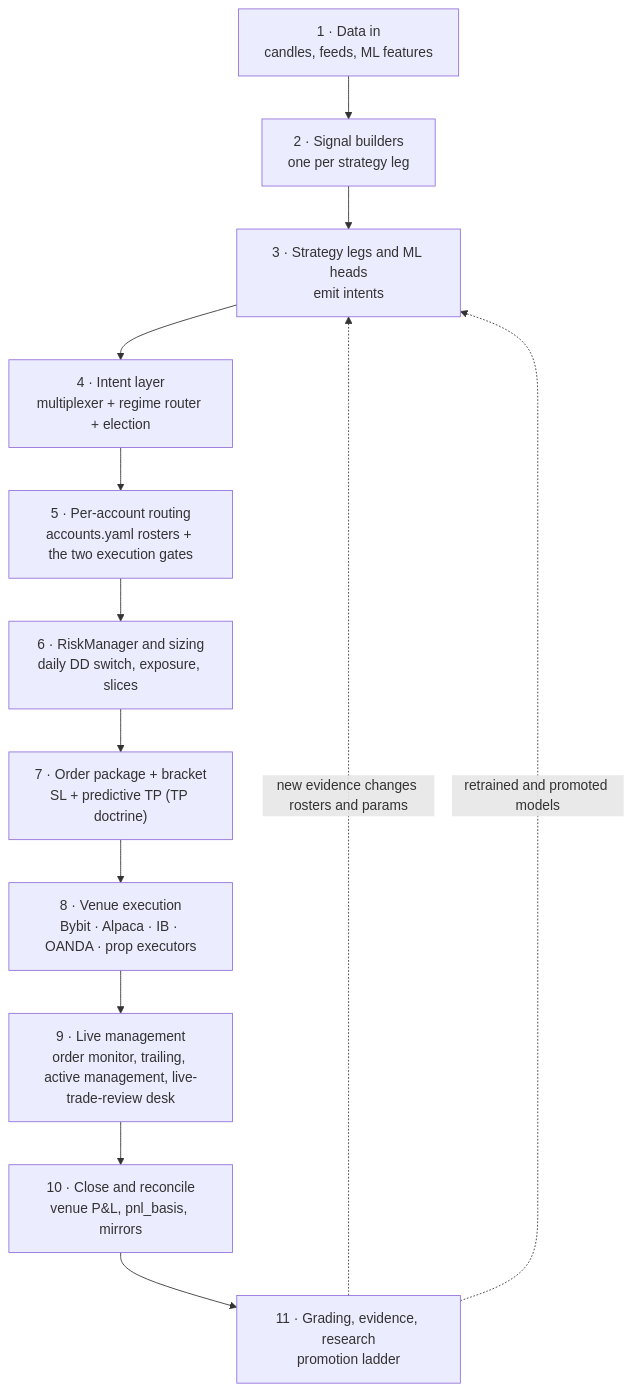
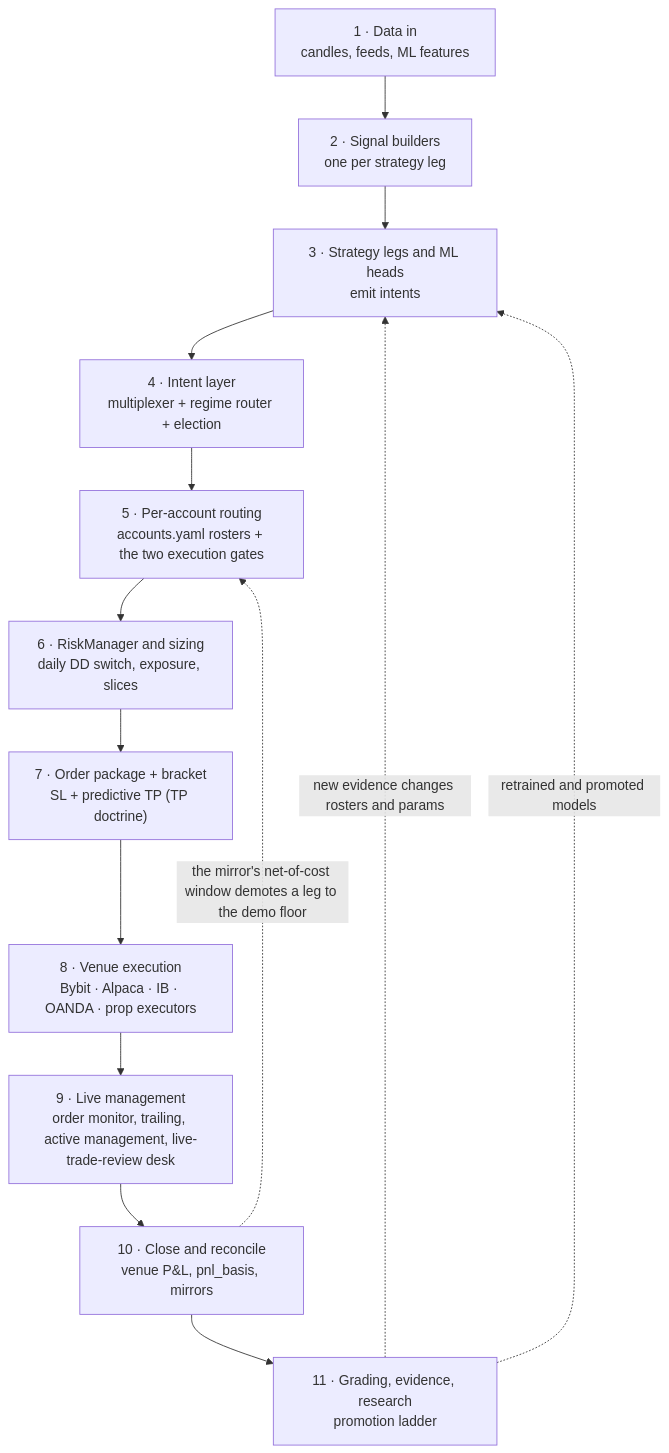
One commit to benbaichmankass/JTA-Trader changed the diagram in docs/reference/trading-pipeline-map.skeleton.md. Above: the diagram before and after it, drawn with Mermaid. The commit also changed other lines of this file and 3 other files, not shown here.

````diff
--- a/docs/reference/trading-pipeline-map.skeleton.md
+++ b/docs/reference/trading-pipeline-map.skeleton.md
@@ -55,15 +64,16 @@
 ```mermaid
 flowchart TD
   A["1 · Data in<br/>candles, feeds, ML features"] --> B["2 · Signal builders<br/>one per strategy leg"]
   B --> C["3 · Strategy legs and ML heads<br/>emit intents"]
   C --> D["4 · Intent layer<br/>multiplexer + regime router + election"]
   D --> E["5 · Per-account routing<br/>accounts.yaml rosters + the two execution gates"]
   E --> F["6 · RiskManager and sizing<br/>daily DD switch, exposure, slices"]
   F --> G["7 · Order package + bracket<br/>SL + predictive TP (TP doctrine)"]
   G --> H["8 · Venue execution<br/>Bybit · Alpaca · IB · OANDA · prop executors"]
   H --> I["9 · Live management<br/>order monitor, trailing, active management, live-trade-review desk"]
   I --> J["10 · Close and reconcile<br/>venue P&L, pnl_basis, mirrors"]
   J --> K["11 · Grading, evidence, research<br/>promotion ladder"]
   K -. "new evidence changes rosters and params" .-> C
   K -. "retrained and promoted models" .-> C
+  J -. "the mirror's net-of-cost window demotes a leg to the demo floor" .-> E
 ```
````
